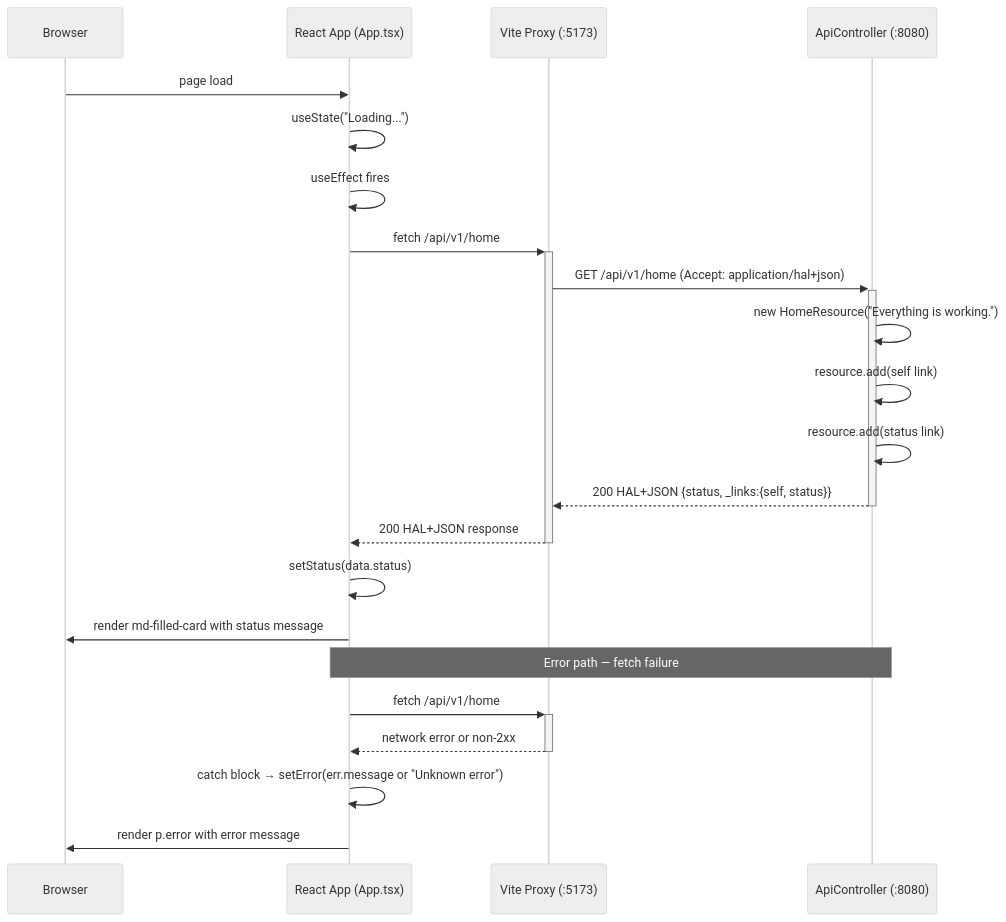
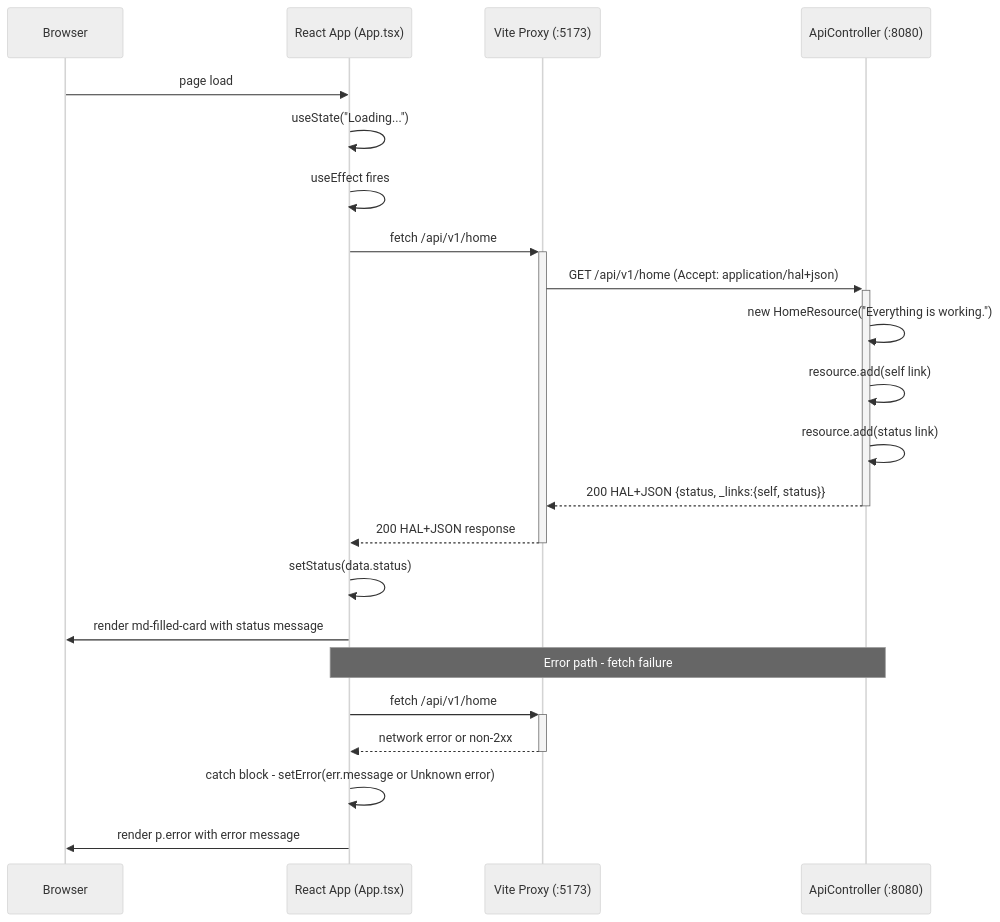
Before and after one commit to VoidfulDawn/Encounters_of_the_Void: the sixth of 8 diagrams in docs/ARCHITECTURE.md, drawn with Mermaid (neutral theme). The commit also changed other lines of this file and 3 other files, not shown here.

First line of the commit message:
docs: update .mmd diagrams and ARCHITECTURE.md for multi-module SCS (TECH-012)

````diff
--- a/docs/ARCHITECTURE.md
+++ b/docs/ARCHITECTURE.md
@@ -84,28 +168,28 @@
 ```mermaid
 sequenceDiagram
     participant Browser
     participant React as React App (App.tsx)
     participant ViteProxy as Vite Proxy (:5173)
     participant API as ApiController (:8080)
 
     Browser->>React: page load
     React->>React: useState("Loading...")
     React->>React: useEffect fires
 
     React->>+ViteProxy: fetch /api/v1/home
     ViteProxy->>+API: GET /api/v1/home (Accept: application/hal+json)
     API->>API: new HomeResource("Everything is working.")
     API->>API: resource.add(self link)
     API->>API: resource.add(status link)
     API-->>-ViteProxy: 200 HAL+JSON {status, _links:{self, status}}
     ViteProxy-->>-React: 200 HAL+JSON response
 
     React->>React: setStatus(data.status)
     React->>Browser: render md-filled-card with status message
 
-    note over React,API: Error path — fetch failure
+    note over React,API: Error path - fetch failure
     React->>+ViteProxy: fetch /api/v1/home
     ViteProxy-->>-React: network error or non-2xx
-    React->>React: catch block → setError(err.message or "Unknown error")
+    React->>React: catch block - setError(err.message or Unknown error)
     React->>Browser: render p.error with error message
 ```
````
